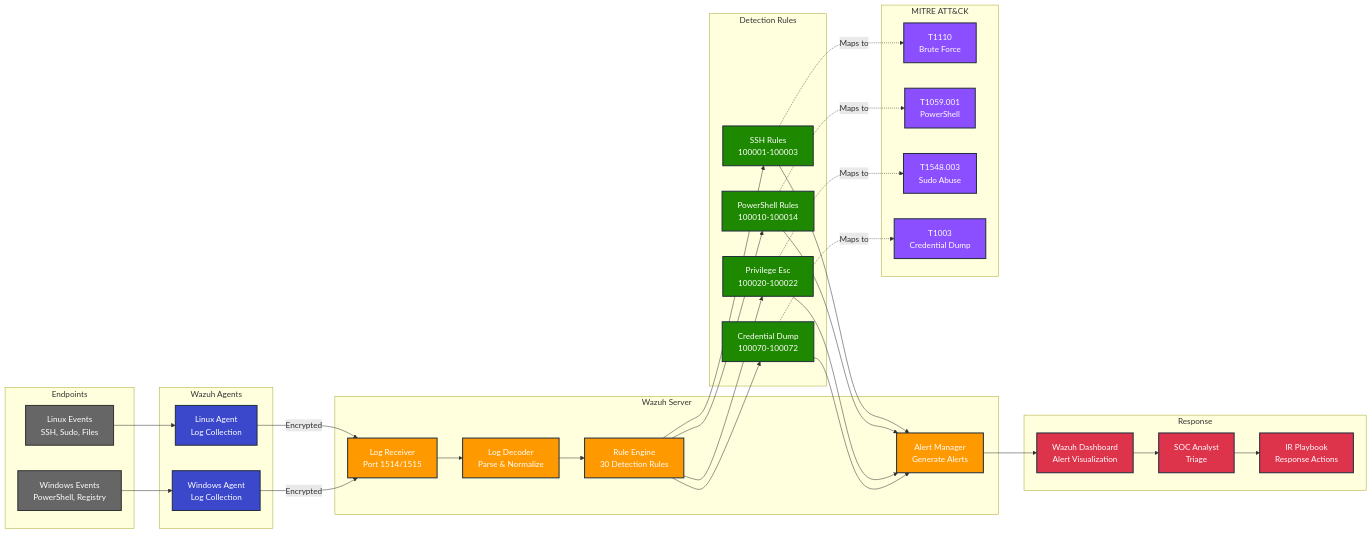
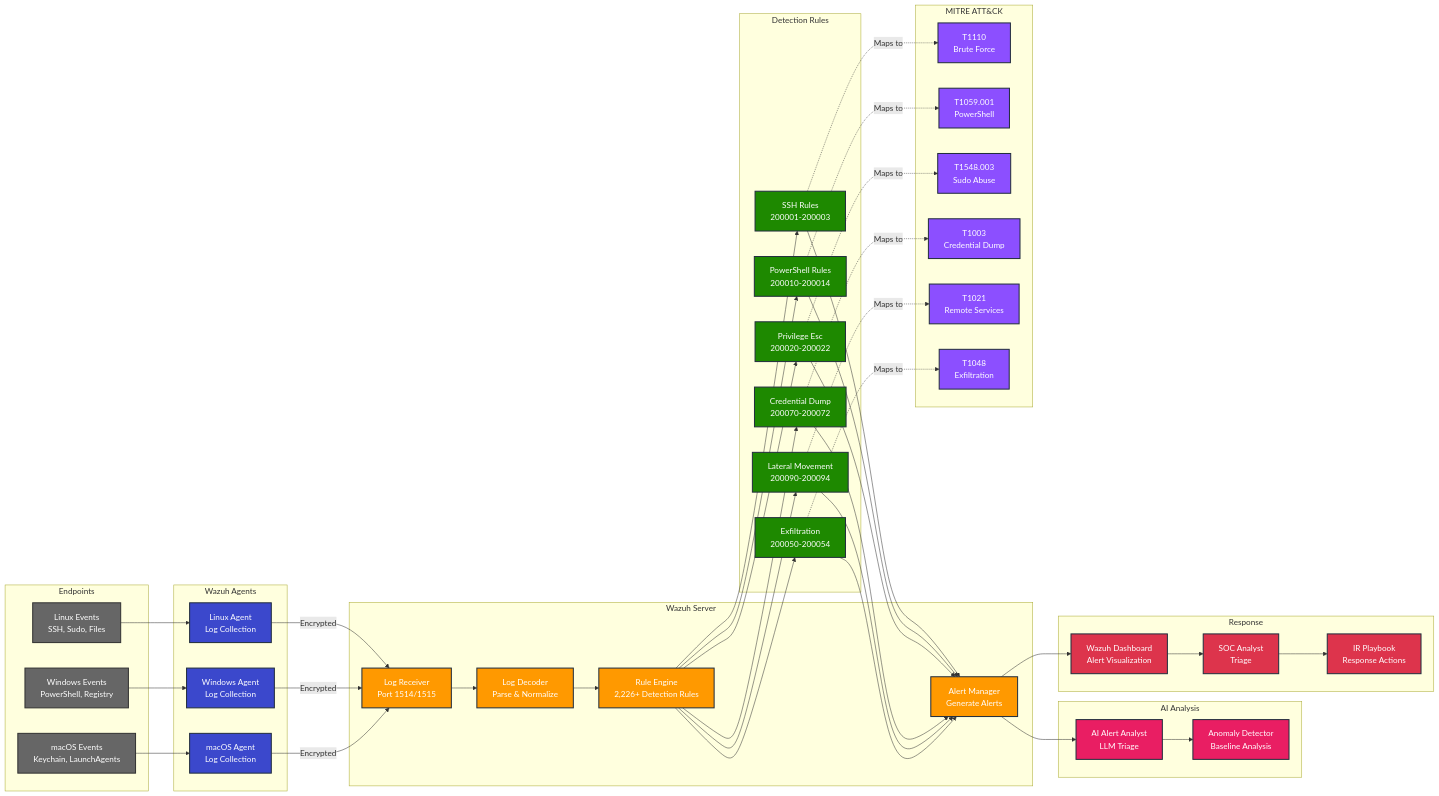
The first of 3 diagrams in docs/diagrams/05-detection-pipeline.md (trewwwsec/tf-aws-soc), drawn with Mermaid before and after one commit. The commit also changed other lines of this file and 2 other files, not shown here.

First line of the commit message:
docs: update architecture diagrams and detection pipeline to v2.0

````diff
--- a/docs/diagrams/05-detection-pipeline.md
+++ b/docs/diagrams/05-detection-pipeline.md
@@ -9,25 +9,29 @@
     subgraph "Endpoints"
         LINUX_EVENTS[Linux Events<br/>SSH, Sudo, Files]
         WIN_EVENTS[Windows Events<br/>PowerShell, Registry]
+        MAC_EVENTS[macOS Events<br/>Keychain, LaunchAgents]
     end
     
     subgraph "Wazuh Agents"
         LINUX_AGENT[Linux Agent<br/>Log Collection]
         WIN_AGENT[Windows Agent<br/>Log Collection]
+        MAC_AGENT[macOS Agent<br/>Log Collection]
     end
     
     subgraph "Wazuh Server"
         RECEIVER[Log Receiver<br/>Port 1514/1515]
         DECODER[Log Decoder<br/>Parse & Normalize]
-        RULES[Rule Engine<br/>30 Detection Rules]
+        RULES[Rule Engine<br/>2,226+ Detection Rules]
         ALERTS[Alert Manager<br/>Generate Alerts]
     end
     
     subgraph "Detection Rules"
-        SSH_RULES[SSH Rules<br/>100001-100003]
-        PS_RULES[PowerShell Rules<br/>100010-100014]
-        PRIV_RULES[Privilege Esc<br/>100020-100022]
-        CRED_RULES[Credential Dump<br/>100070-100072]
+        SSH_RULES[SSH Rules<br/>200001-200003]
+        PS_RULES[PowerShell Rules<br/>200010-200014]
+        PRIV_RULES[Privilege Esc<br/>200020-200022]
+        CRED_RULES[Credential Dump<br/>200070-200072]
+        LATERAL_RULES[Lateral Movement<br/>200090-200094]
+        EXFIL_RULES[Exfiltration<br/>200050-200054]
     end
     
     subgraph "MITRE ATT&CK"
@@ -35,6 +39,13 @@
         T1059[T1059.001<br/>PowerShell]
         T1548[T1548.003<br/>Sudo Abuse]
         T1003[T1003<br/>Credential Dump]
+        T1021[T1021<br/>Remote Services]
+        T1048[T1048<br/>Exfiltration]
+    end
+    
+    subgraph "AI Analysis"
+        AI_ANALYST[AI Alert Analyst<br/>LLM Triage]
+        ANOMALY[Anomaly Detector<br/>Baseline Analysis]
     end
     
     subgraph "Response"
@@ -46,9 +57,11 @@
     %% Event Flow
     LINUX_EVENTS --> LINUX_AGENT
     WIN_EVENTS --> WIN_AGENT
+    MAC_EVENTS --> MAC_AGENT
     
     LINUX_AGENT -->|Encrypted| RECEIVER
     WIN_AGENT -->|Encrypted| RECEIVER
+    MAC_AGENT -->|Encrypted| RECEIVER
     
     RECEIVER --> DECODER
     DECODER --> RULES
@@ -57,17 +70,25 @@
     RULES --> PS_RULES
     RULES --> PRIV_RULES
     RULES --> CRED_RULES
+    RULES --> LATERAL_RULES
+    RULES --> EXFIL_RULES
     
     SSH_RULES -.->|Maps to| T1110
     PS_RULES -.->|Maps to| T1059
     PRIV_RULES -.->|Maps to| T1548
     CRED_RULES -.->|Maps to| T1003
+    LATERAL_RULES -.->|Maps to| T1021
+    EXFIL_RULES -.->|Maps to| T1048
     
     SSH_RULES --> ALERTS
     PS_RULES --> ALERTS
     PRIV_RULES --> ALERTS
     CRED_RULES --> ALERTS
+    LATERAL_RULES --> ALERTS
+    EXFIL_RULES --> ALERTS
     
+    ALERTS --> AI_ANALYST
+    AI_ANALYST --> ANOMALY
     ALERTS --> DASHBOARD
     DASHBOARD --> ANALYST
     ANALYST --> PLAYBOOK
@@ -79,11 +100,13 @@
     classDef rules fill:#1E8900,stroke:#232F3E,stroke-width:2px,color:#fff
     classDef mitre fill:#8C4FFF,stroke:#232F3E,stroke-width:2px,color:#fff
     classDef response fill:#DD344C,stroke:#232F3E,stroke-width:2px,color:#fff
+    classDef ai fill:#E91E63,stroke:#232F3E,stroke-width:2px,color:#fff
     
-    class LINUX_EVENTS,WIN_EVENTS endpoint
-    class LINUX_AGENT,WIN_AGENT agent
+    class LINUX_EVENTS,WIN_EVENTS,MAC_EVENTS endpoint
+    class LINUX_AGENT,WIN_AGENT,MAC_AGENT agent
     class RECEIVER,DECODER,RULES,ALERTS server
-    class SSH_RULES,PS_RULES,PRIV_RULES,CRED_RULES rules
-    class T1110,T1059,T1548,T1003 mitre
+    class SSH_RULES,PS_RULES,PRIV_RULES,CRED_RULES,LATERAL_RULES,EXFIL_RULES rules
+    class T1110,T1059,T1548,T1003,T1021,T1048 mitre
     class DASHBOARD,ANALYST,PLAYBOOK response
+    class AI_ANALYST,ANOMALY ai
 ```
````
